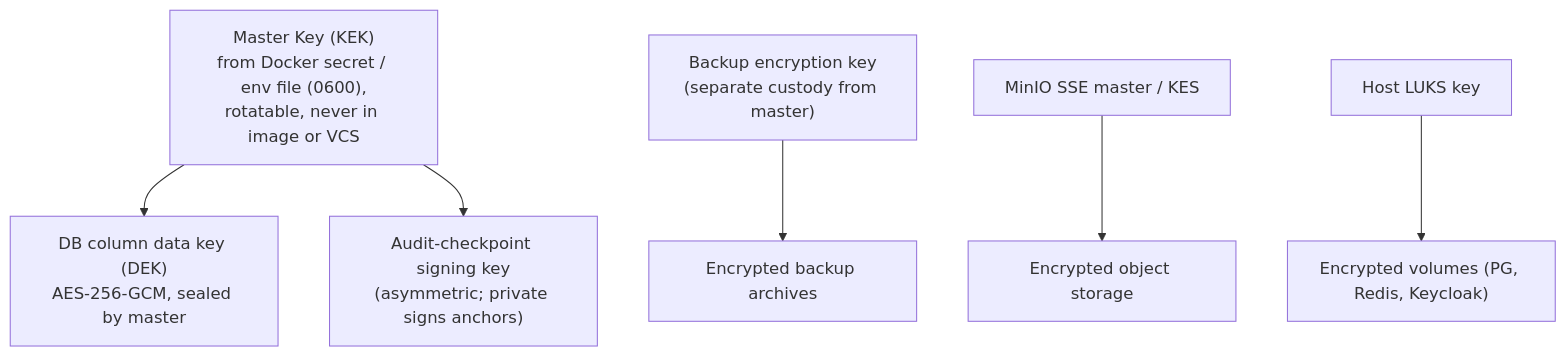
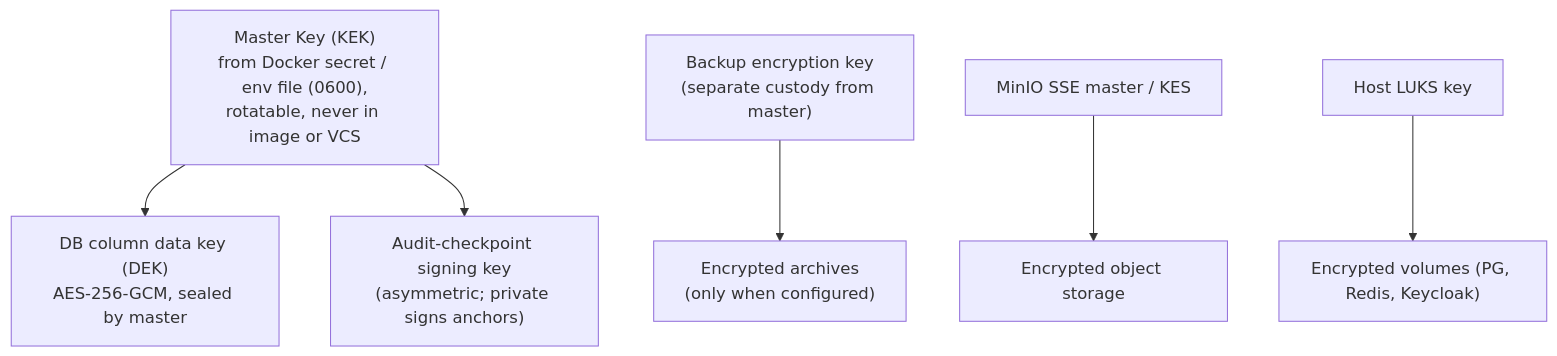
One commit to CoJoA13/EasySynQ changed the fifth of 6 diagrams in docs/12-security-and-audit.md. Above: the diagram before and after it, drawn with Mermaid. The commit also changed other lines of this file and 251 other files, not shown here.

````diff
--- a/docs/12-security-and-audit.md
+++ b/docs/12-security-and-audit.md
@@ -417,9 +417,9 @@
 ```mermaid
 flowchart TD
     MASTER["Master Key (KEK)<br/>from Docker secret / env file (0600),<br/>rotatable, never in image or VCS"]
     MASTER --> DBDK["DB column data key (DEK)<br/>AES-256-GCM, sealed by master"]
     MASTER --> APPSIGN["Audit-checkpoint signing key<br/>(asymmetric; private signs anchors)"]
-    BACKUPKEY["Backup encryption key<br/>(separate custody from master)"] --> BKP["Encrypted backup archives"]
+    BACKUPKEY["Backup encryption key<br/>(separate custody from master)"] --> BKP["Encrypted archives<br/>(only when configured)"]
     MINIOKEY["MinIO SSE master / KES"] --> OBJ["Encrypted object storage"]
     HOSTKEY["Host LUKS key"] --> VOL["Encrypted volumes (PG, Redis, Keycloak)"]
 ```
````
